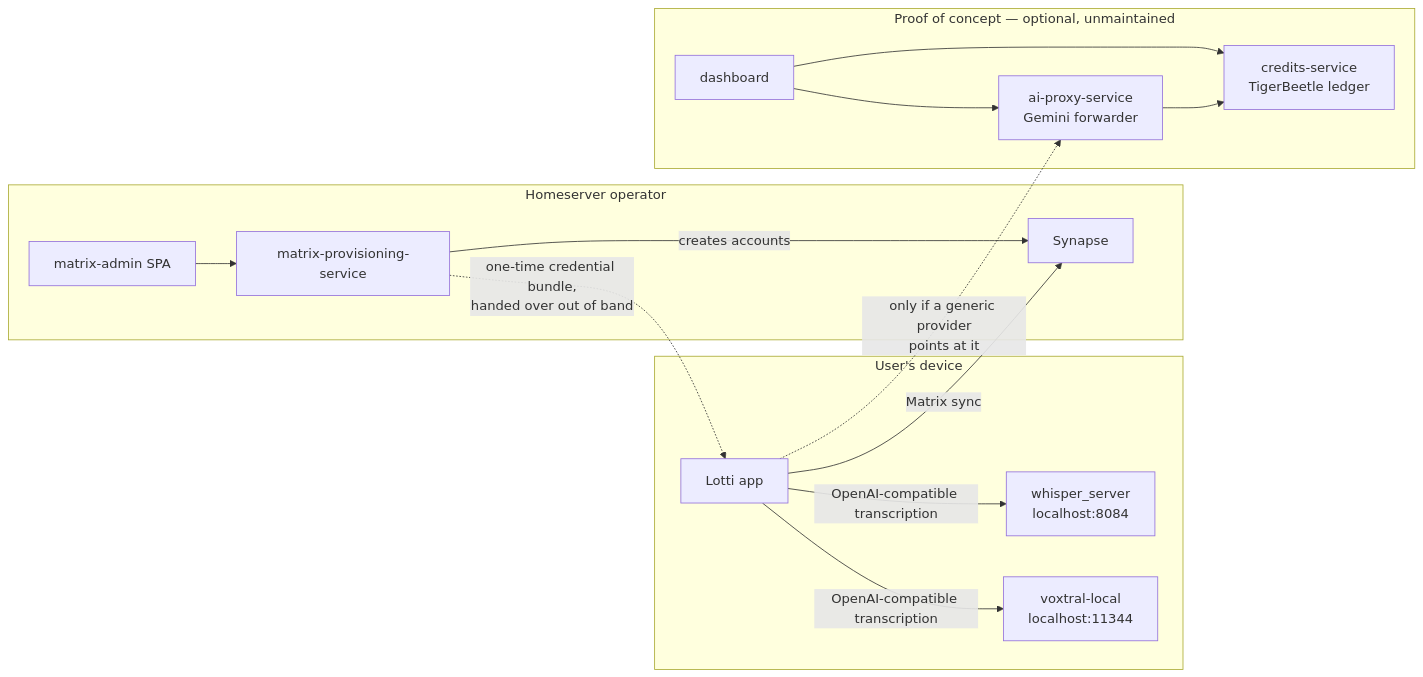
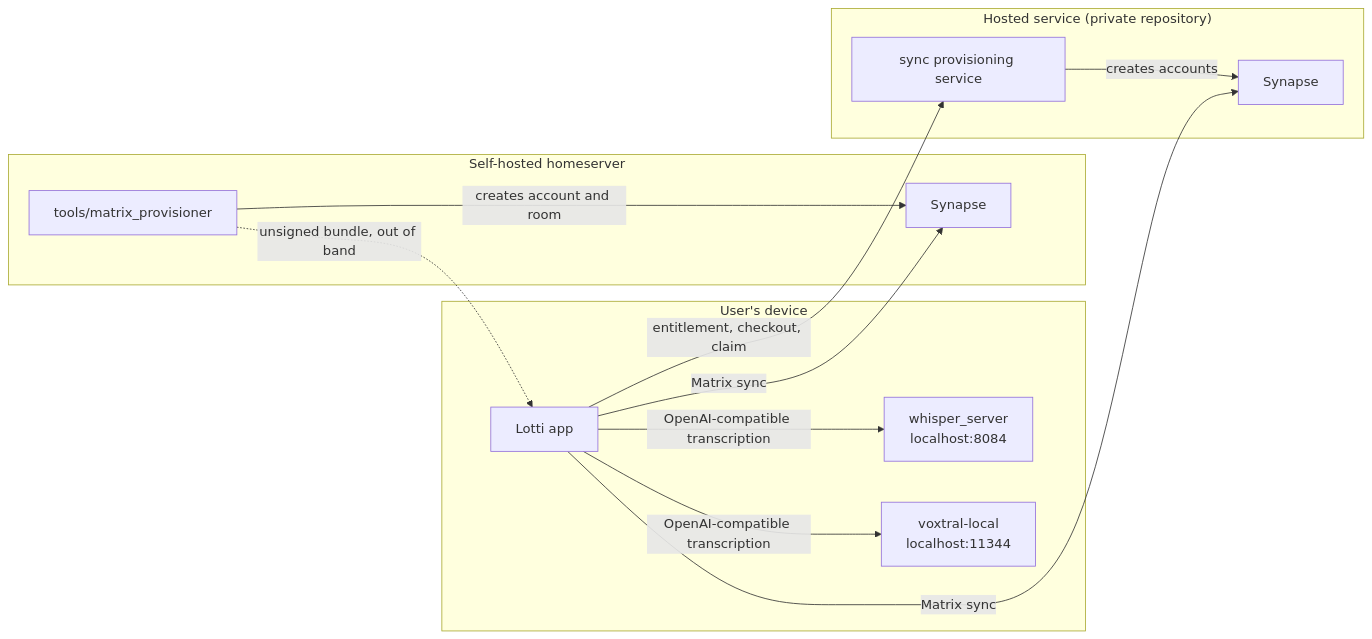
One commit to matthiasn/lotti changed the diagram in knowledge/architecture/backend-services.md. Above: the diagram before and after it, drawn with Mermaid. The commit also changed other lines of this file and 293 other files, not shown here.

Commit message:
feat(sync): subscribe to hosted Lotti Sync from the app; move hosted services to a private repo (#4806)

````diff
--- a/knowledge/architecture/backend-services.md
+++ b/knowledge/architecture/backend-services.md
@@ -44,28 +50,24 @@
 ```mermaid
 flowchart LR
   subgraph Device["User's device"]
     App["Lotti app"]
     Whisper["whisper_server<br/>localhost:8084"]
     Voxtral["voxtral-local<br/>localhost:11344"]
   end
-  subgraph Host["Homeserver operator"]
-    Prov["matrix-provisioning-service"]
-    Admin["matrix-admin SPA"]
+  subgraph Self["Self-hosted homeserver"]
+    CLI["tools/matrix_provisioner"]
+    OwnSynapse["Synapse"]
+  end
+  subgraph Hosted["Hosted service (private repository)"]
+    Prov["sync provisioning service"]
     Synapse["Synapse"]
-  end
-  subgraph PoC["Proof of concept — optional, unmaintained"]
-    Proxy["ai-proxy-service<br/>Gemini forwarder"]
-    Credits["credits-service<br/>TigerBeetle ledger"]
-    Dash["dashboard"]
   end
   App -->|OpenAI-compatible transcription| Whisper
   App -->|OpenAI-compatible transcription| Voxtral
-  App -.->|only if a generic provider<br/>points at it| Proxy
-  Admin --> Prov
+  CLI -->|creates account and room| OwnSynapse
+  CLI -.->|unsigned bundle, out of band| App
+  App -->|entitlement, checkout, claim| Prov
   Prov -->|creates accounts| Synapse
-  Prov -.->|one-time credential bundle,<br/>handed over out of band| App
+  App -->|Matrix sync| OwnSynapse
   App -->|Matrix sync| Synapse
-  Proxy --> Credits
-  Dash --> Credits
-  Dash --> Proxy
 ```
````
